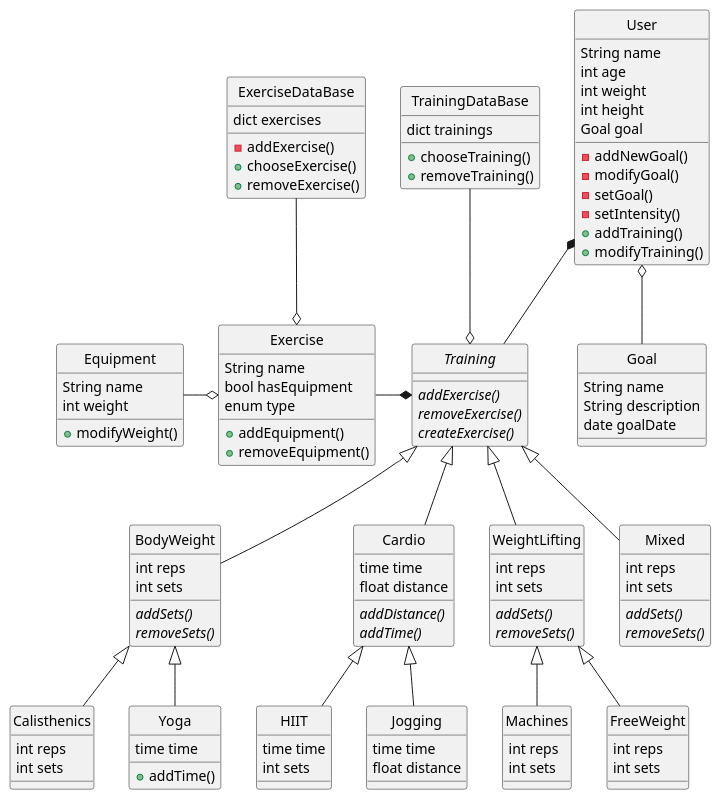
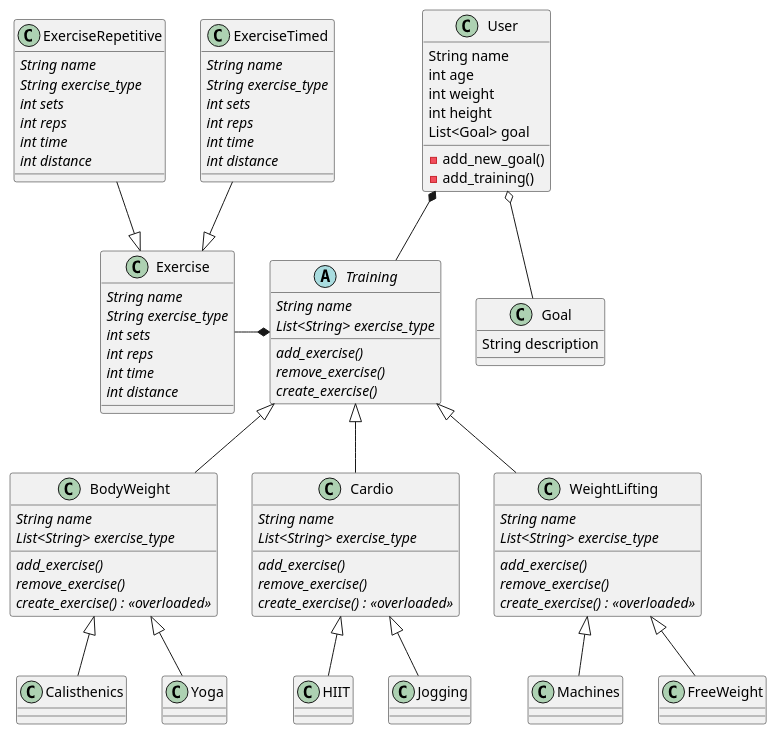
Before and after one commit to Hanna-J-K/fitnessapp: the diagram in UML/diagram/diagram.plantuml, drawn with PlantUML. The commit also changed 1 other file, not shown here.

Commit message:
refactored UML

```diff
--- a/UML/diagram/diagram.plantuml
+++ b/UML/diagram/diagram.plantuml
@@ -1,133 +1,122 @@
 @startuml FitnessUml
-skinparam Style strictuml
+
 class User {
     String name
     int age
     int weight
     int height
-    Goal goal
-    -addNewGoal()
-    -modifyGoal()
-    -setGoal()
-    -setIntensity()
-    +addTraining()
-    +modifyTraining()
+    List<Goal> goal
+    -add_new_goal()
+    -add_training()
 }
 
 class Goal {
-    String name
     String description
-    date goalDate
 }
 
-class TrainingDataBase {
-    dict trainings
-    +chooseTraining()
-    +removeTraining()
+
+class Exercise {
+    {abstract} String name
+    {abstract} String exercise_type
+    {abstract} int sets
+    {abstract} int reps
+    {abstract} int time
+    {abstract} int distance
 }
 
-class ExerciseDataBase {
-    dict exercises
-    -addExercise()
-    +chooseExercise()
-    +removeExercise()
+class ExerciseRepetitive {
+    {abstract} String name
+    {abstract} String exercise_type
+    {abstract} int sets
+    {abstract} int reps
+    {abstract} int time
+    {abstract} int distance
 }
 
-class Exercise {
-    String name
-    bool hasEquipment
-    enum type
-    +addEquipment()
-    +removeEquipment()
+class ExerciseTimed {
+    {abstract} String name
+    {abstract} String exercise_type
+    {abstract} int sets
+    {abstract} int reps
+    {abstract} int time
+    {abstract} int distance
 }
 
-class Equipment {
-    String name
-    int weight
-    +modifyWeight()
-}
 
 abstract class Training {
-    {abstract} addExercise()
-    {abstract} removeExercise()
-    {abstract} createExercise()
+    {abstract} String name
+    {abstract} List<String> exercise_type
+    {abstract} add_exercise()
+    {abstract} remove_exercise()
+    {abstract} create_exercise()
 }
 
 class BodyWeight {
-    int reps
-    int sets
-    {abstract} addSets()
-    {abstract} removeSets()
+    {abstract} String name
+    {abstract} List<String> exercise_type
+    {abstract} add_exercise()
+    {abstract} remove_exercise()
+    {abstract} create_exercise() : <<overloaded>>
 }
 
 class Cardio {
-    time time 
-    float distance
-    {abstract} addDistance()
-    {abstract} addTime()
+    {abstract} String name
+    {abstract} List<String> exercise_type
+    {abstract} add_exercise()
+    {abstract} remove_exercise()
+    {abstract} create_exercise() : <<overloaded>>
 
 }
 
 class WeightLifting {
-    int reps
-    int sets
-    {abstract} addSets()
-    {abstract} removeSets()
-}
-
-class Mixed {
-    int reps
-    int sets
-    {abstract} addSets()
-    {abstract} removeSets()
+    {abstract} String name
+    {abstract} List<String> exercise_type
+    {abstract} add_exercise()
+    {abstract} remove_exercise()
+    {abstract} create_exercise() : <<overloaded>>
 }
 
 class Calisthenics {
-    int reps
-    int sets
+    
 }
 
 class Yoga {
-    time time
-    +addTime()
+    
 }
 
 class HIIT {
-    time time
-    int sets
+    
 }
 
 class Jogging {
-    time time
-    float distance
+    
 }
 
 class Machines {
-    int reps
-    int sets
+    
 }
 
 class FreeWeight {
-    int reps
-    int sets
+    
 }
 
 User o-- Goal
 User *-- Training
-Equipment -o Exercise
+
+ExerciseTimed --|> Exercise
+ExerciseRepetitive --|> Exercise
+
 Exercise -* Training
-TrainingDataBase --o Training
-ExerciseDataBase --o Exercise
+
 Training <|-- BodyWeight
 Training <|-- Cardio
 Training <|-- WeightLifting
-Training <|-- Mixed
 
 BodyWeight <|-- Calisthenics
 BodyWeight <|-- Yoga
 Cardio <|-- HIIT
 Cardio <|-- Jogging
 WeightLifting <|-- FreeWeight
 WeightLifting <|-- Machines
 
 @enduml
```
